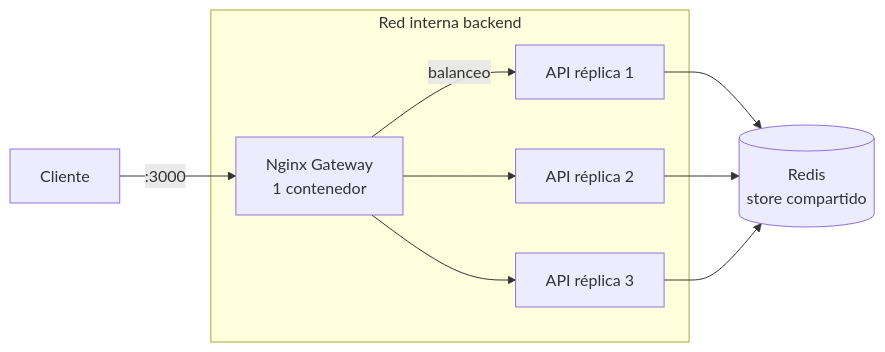
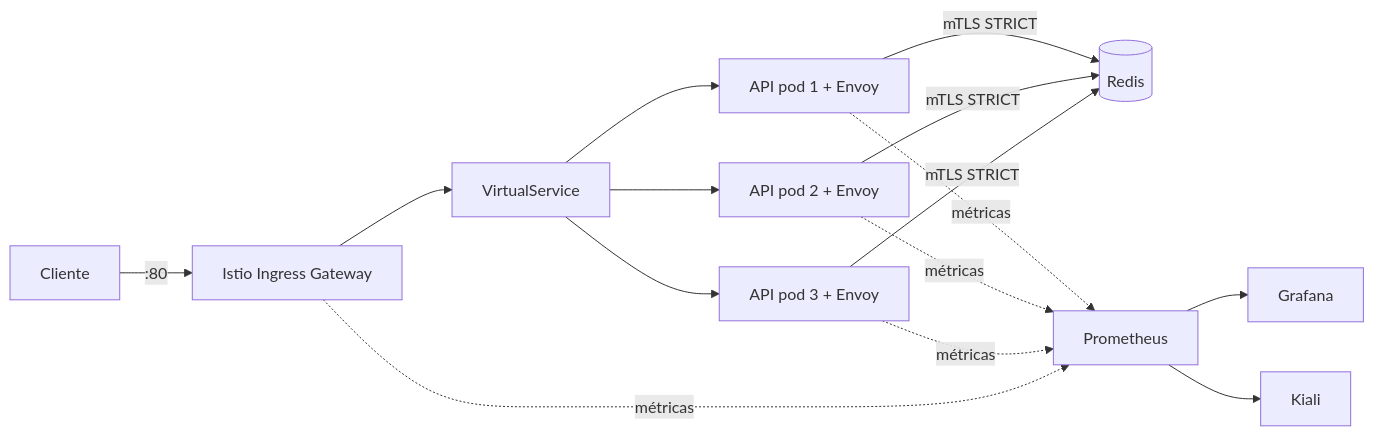
The first of 2 diagrams in README.md (wsk4/perfumes-api), drawn with Mermaid before and after one commit. The commit also changed other lines of this file and 14 other files, not shown here.

````diff
--- a/README.md
+++ b/README.md
@@ -33,14 +35,13 @@
 ```mermaid
 flowchart LR
-    U[Cliente] -->|:3000| N[Nginx Gateway<br/>1 contenedor]
-    N -->|balanceo| A1[API réplica 1]
-    N --> A2[API réplica 2]
-    N --> A3[API réplica 3]
-    A1 & A2 & A3 --> R[(Redis<br/>store compartido)]
-    subgraph Red interna backend
-      N
-      A1
-      A2
-      A3
-    end
+    U[Cliente] -->|:80| IG[Istio Ingress Gateway]
+    IG --> VS[VirtualService]
+    VS --> A1[API pod 1 + Envoy]
+    VS --> A2[API pod 2 + Envoy]
+    VS --> A3[API pod 3 + Envoy]
+    A1 & A2 & A3 -->|mTLS STRICT| R[(Redis)]
+    A1 & A2 & A3 -.->|métricas| P[Prometheus]
+    IG -.->|métricas| P
+    P --> G[Grafana]
+    P --> K[Kiali]
 ```
````
